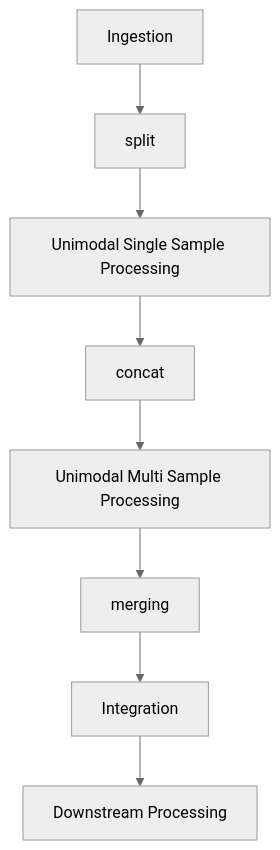
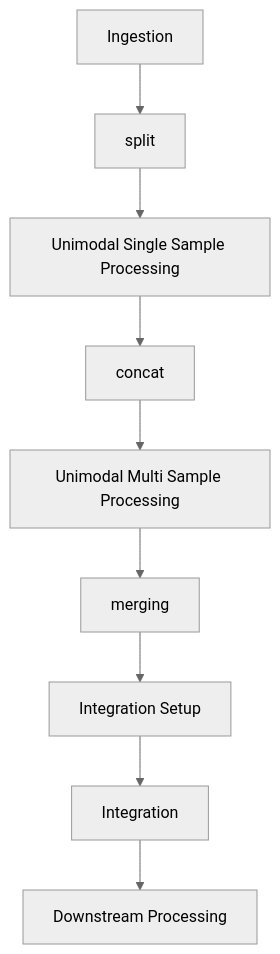
One commit to openpipelines-bio/website changed the first of 17 diagrams in fundamentals/architecture.qmd. Above: the diagram before and after it, drawn with Mermaid (neutral theme). The commit also changed other lines of this file, not shown here.

Commit message:
Add more contents for pipeline entrypoints

````diff
--- a/fundamentals/architecture.qmd
+++ b/fundamentals/architecture.qmd
@@ -8,6 +8,6 @@
 ```{mermaid}
 %%| label: fig-architecture
-%%| fig-cap: Overview single cell processing steps in OpenPipeline.
+%%| fig-cap: Overview of the steps included in OpenPipeline for the analysis of single cell multiomics data.
 flowchart TD  
-  ingest["Ingestion"] --> split --> unimodalsinglesample["Unimodal Single Sample Processing"] --> concat --> unimodalmultisample["Unimodal Multi Sample Processing"] --> merging --> integration["Integration"]  --> downstreamprocessing["Downstream Processing"]
+  ingest["Ingestion"] --> split --> unimodalsinglesample["Unimodal Single Sample Processing"] --> concat --> unimodalmultisample["Unimodal Multi Sample Processing"] --> merging --> integation_setup["Integration Setup"] --> integration["Integration"]  --> downstreamprocessing["Downstream Processing"]
 ```
````
